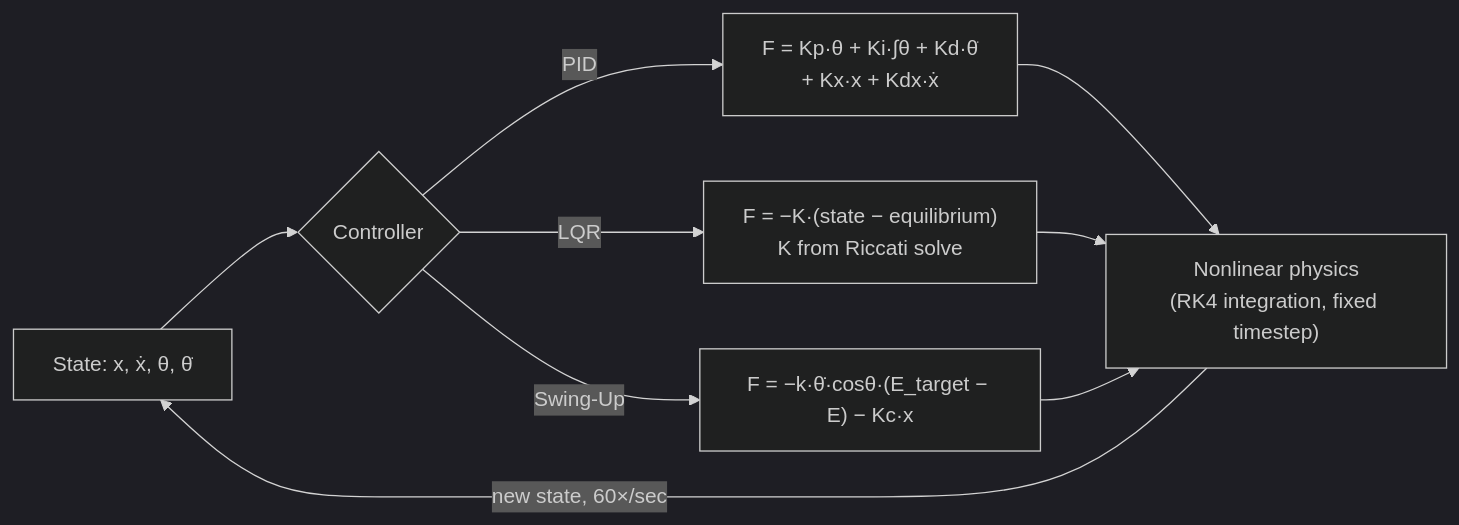
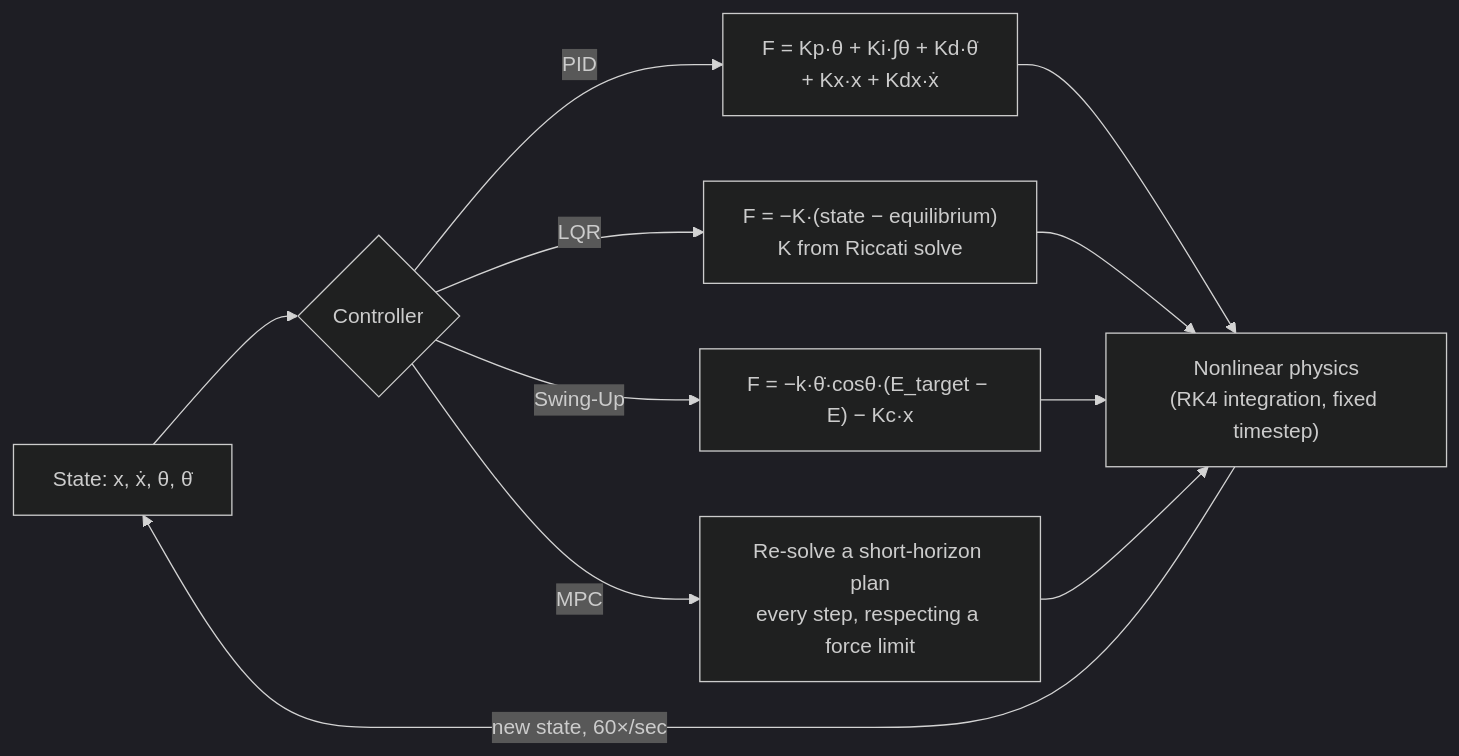
The first of 2 diagrams in README.md (Helloworldceo/cartpole-control), drawn with Mermaid (dark theme) before and after one commit. The commit also changed other lines of this file and 2 other files, not shown here.

First line of the commit message:
Add Model Predictive Control (MPC) as a 4th controller mode

````diff
--- a/README.md
+++ b/README.md
@@ -13,11 +13,13 @@
 ```mermaid
 flowchart LR
     S["State: x, ẋ, θ, θ̇"] --> C{Controller}
     C -->|PID| F1["F = Kp·θ + Ki·∫θ + Kd·θ̇<br/>+ Kx·x + Kdx·ẋ"]
     C -->|LQR| F2["F = −K·(state − equilibrium)<br/>K from Riccati solve"]
+    C -->|MPC| F4["Re-solve a short-horizon plan<br/>every step, respecting a force limit"]
     C -->|Swing-Up| F3["F = −k·θ̇·cosθ·(E_target − E) − Kc·x"]
     F1 --> P
     F2 --> P
     F3 --> P
+    F4 --> P
     P["Nonlinear physics<br/>(RK4 integration, fixed timestep)"] -->|new state, 60×/sec| S
 ```
````
